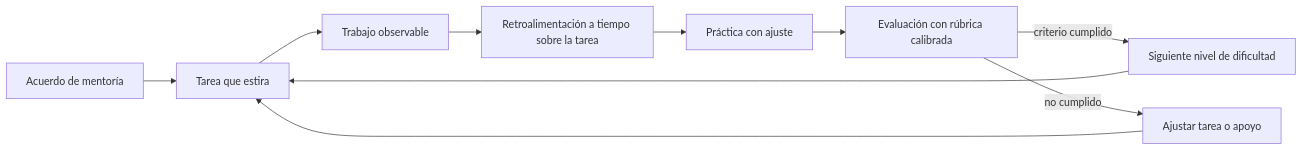
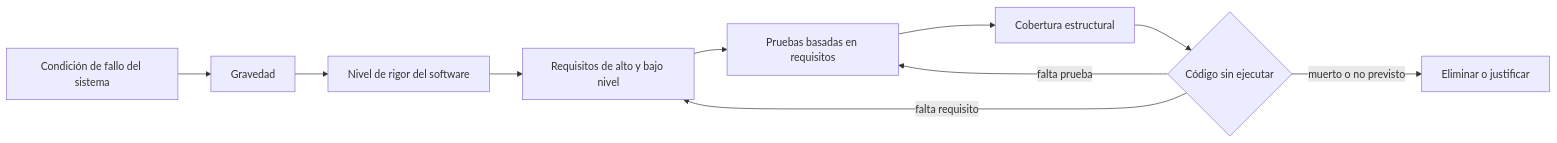
The diagram in content/part-37/SE-448.md (vladimiracunadev-create/modern-software-engineering-program), drawn with Mermaid before and after one commit. The commit also changed other lines of this file and 5193 other files, not shown here.

````diff
--- a/content/part-37/SE-448.md
+++ b/content/part-37/SE-448.md
@@ -56,12 +59,12 @@
 ```mermaid
 flowchart LR
-    A[Acuerdo de mentoría] --> B[Tarea que estira]
-    B --> C[Trabajo observable]
-    C --> D[Retroalimentación a tiempo sobre la tarea]
-    D --> E[Práctica con ajuste]
-    E --> F[Evaluación con rúbrica calibrada]
-    F -->|criterio cumplido| G[Siguiente nivel de dificultad]
-    F -->|no cumplido| H[Ajustar tarea o apoyo]
-    G --> B
-    H --> B
+    A[Condición de fallo del sistema] --> B[Gravedad]
+    B --> C[Nivel de rigor del software]
+    C --> D[Requisitos de alto y bajo nivel]
+    D --> E[Pruebas basadas en requisitos]
+    E --> F[Cobertura estructural]
+    F --> G{Código sin ejecutar}
+    G -->|falta prueba| E
+    G -->|falta requisito| D
+    G -->|muerto o no previsto| H[Eliminar o justificar]
 ```
````
